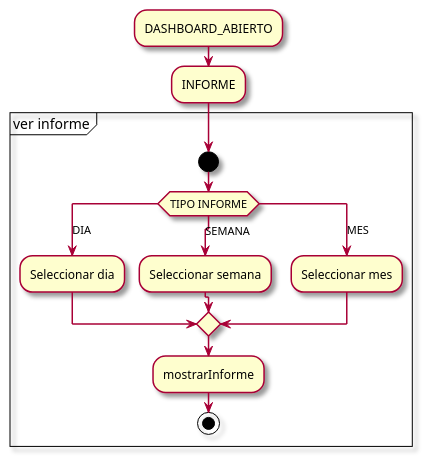
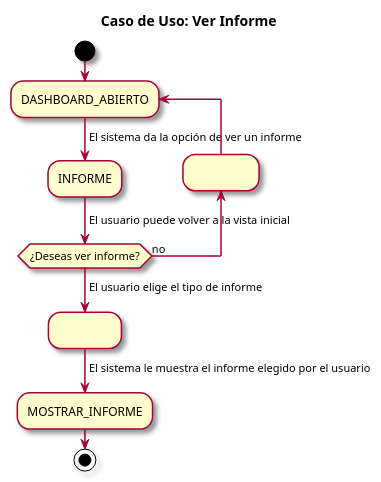
Before and after one commit to mmasias/23-24-IdSw1-SDR: the diagram in modelosUML/casosDeUso/detalles/verInforme.puml, drawn with PlantUML. The commit also changed 2 other files, not shown here.

Commit message:
Modificó el caso de uso Ver Informe

```diff
--- a/modelosUML/casosDeUso/detalles/verInforme.puml
+++ b/modelosUML/casosDeUso/detalles/verInforme.puml
@@ -1,22 +1,18 @@
 @startuml descripción CDU informe
 
 skin rose
+title Caso de Uso: Ver Informe
+start
+  repeat :DASHBOARD_ABIERTO;
+  -> El sistema da la opción de ver un informe;
+  :INFORME;
+  backward:                  ;
+  -> El usuario puede volver a la vista inicial;
+  repeat while (¿Deseas ver informe?) is (no)
+    -> El usuario elige el tipo de informe;
+    :                 ;
+    -> El sistema le muestra el informe elegido por el usuario;
+    :MOSTRAR_INFORME;
+  stop
 
-  :DASHBOARD_ABIERTO;
-  :INFORME;
-  
-partition "ver informe" {
-  start
-  switch(TIPO INFORME)
-    case(DIA)
-     :Seleccionar dia;
-    case(SEMANA)
-     :Seleccionar semana;
-    case(MES)
-     :Seleccionar mes;
-  endswitch
-
-  :mostrarInforme;
-  stop
-}
 @enduml
```
